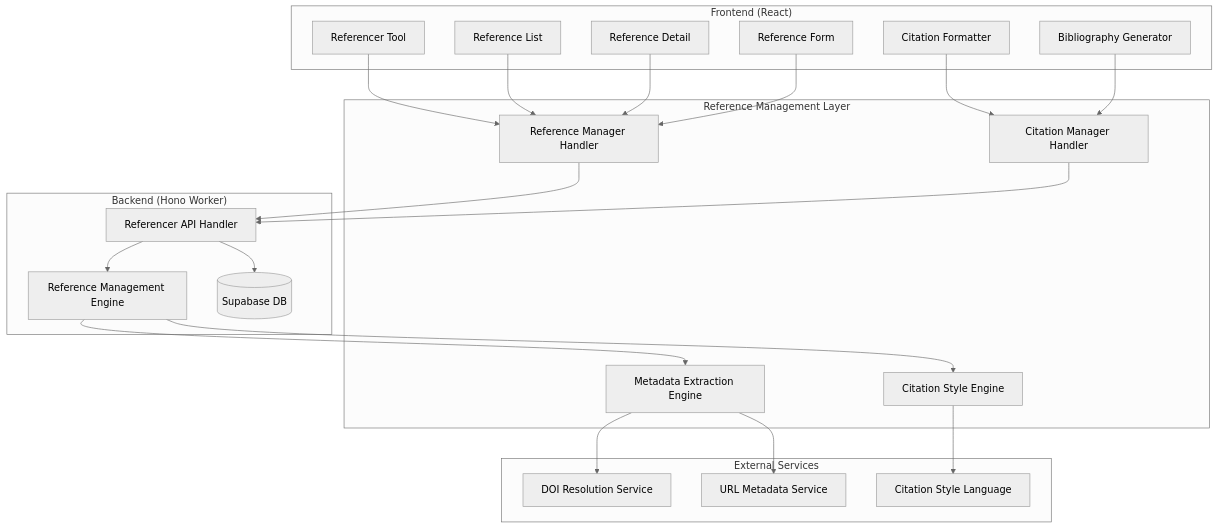
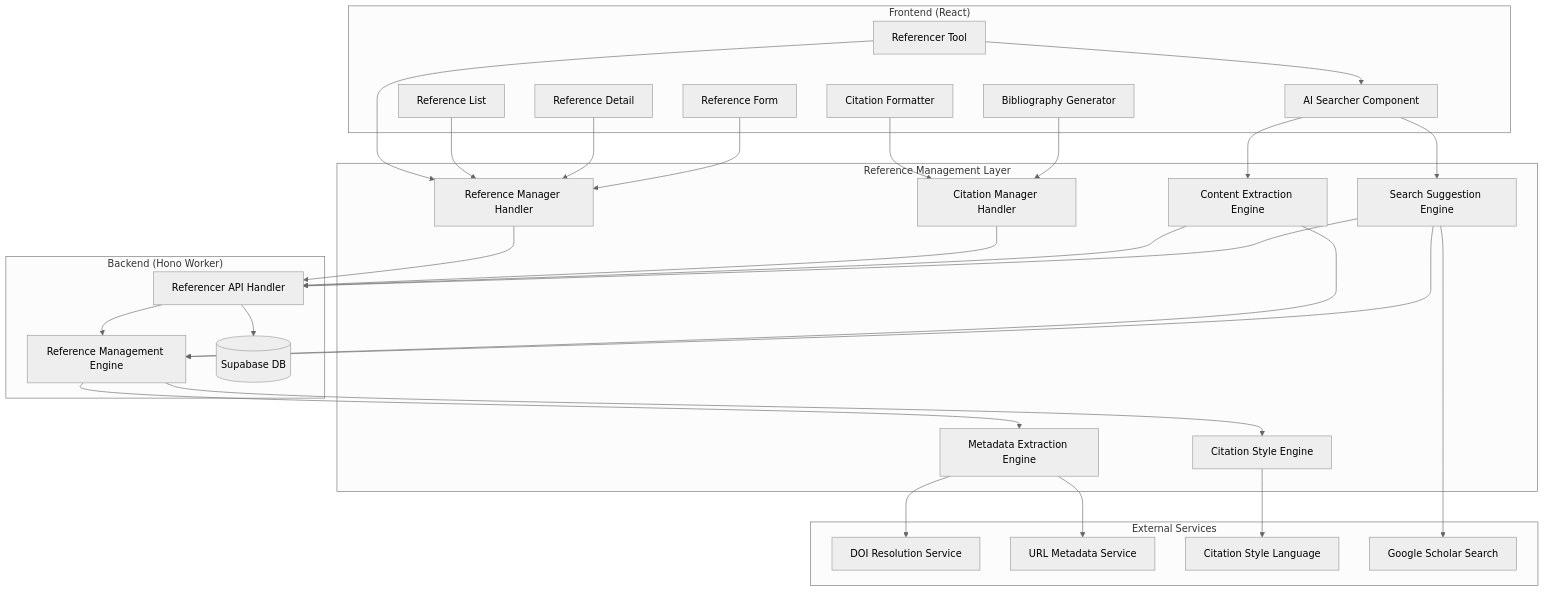
Before and after one commit to MagnumThesis/thesis-copilot: the diagram in .kiro/specs/referencer-tool/design.md, drawn with Mermaid (neutral theme). The commit also changed other lines of this file and 12 other files, not shown here.

First line of the commit message:
Enhance referencer tool with Google Scholar integration and UI components

````diff
--- a/.kiro/specs/referencer-tool/design.md
+++ b/.kiro/specs/referencer-tool/design.md
@@ -11,47 +11,61 @@
 ```mermaid
 graph TB
     subgraph "Frontend (React)"
         RT[Referencer Tool]
         RL[Reference List]
         RD[Reference Detail]
         CF[Citation Formatter]
         RF[Reference Form]
         BG[Bibliography Generator]
+        AS[AI Searcher Component]
     end
-    
+
     subgraph "Reference Management Layer"
         RMH[Reference Manager Handler]
         CMH[Citation Manager Handler]
         MDE[Metadata Extraction Engine]
         CSE[Citation Style Engine]
+        CEE[Content Extraction Engine]
+        SSE[Search Suggestion Engine]
     end
-    
+
     subgraph "Backend (Hono Worker)"
         RAH[Referencer API Handler]
         RME[Reference Management Engine]
         DB[(Supabase DB)]
     end
-    
+
     subgraph "External Services"
         DOI[DOI Resolution Service]
         URL[URL Metadata Service]
         CSL[Citation Style Language]
+        GS[Google Scholar Search]
     end
-    
+
     RT --> RMH
+    RT --> AS
     RL --> RMH
     RD --> RMH
     CF --> CMH
     RF --> RMH
     BG --> CMH
+    AS --> CEE
+    AS --> SSE
+
     RMH --> RAH
     CMH --> RAH
+    CEE --> RAH
+    SSE --> RAH
+
     RAH --> RME
     RAH --> DB
     MDE --> DOI
     MDE --> URL
     CSE --> CSL
-    
+    SSE --> GS
+
     RME --> MDE
     RME --> CSE
+    CEE --> RME
+    SSE --> RME
 ```
````
